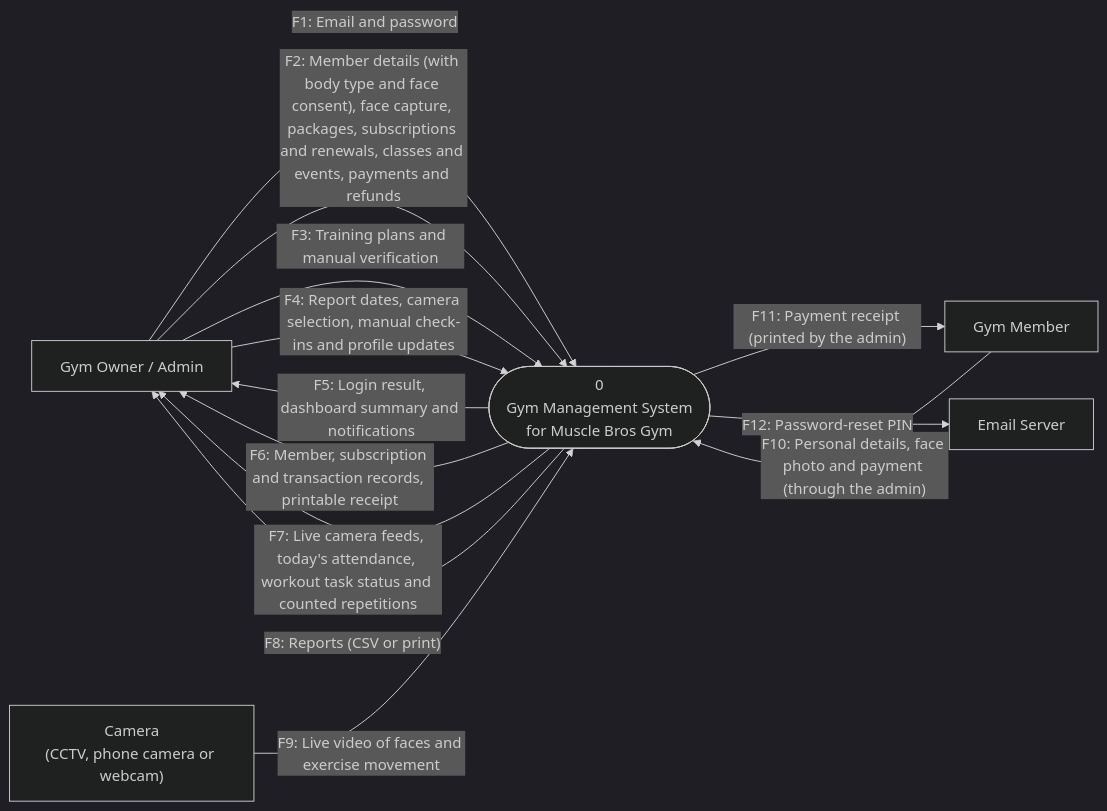
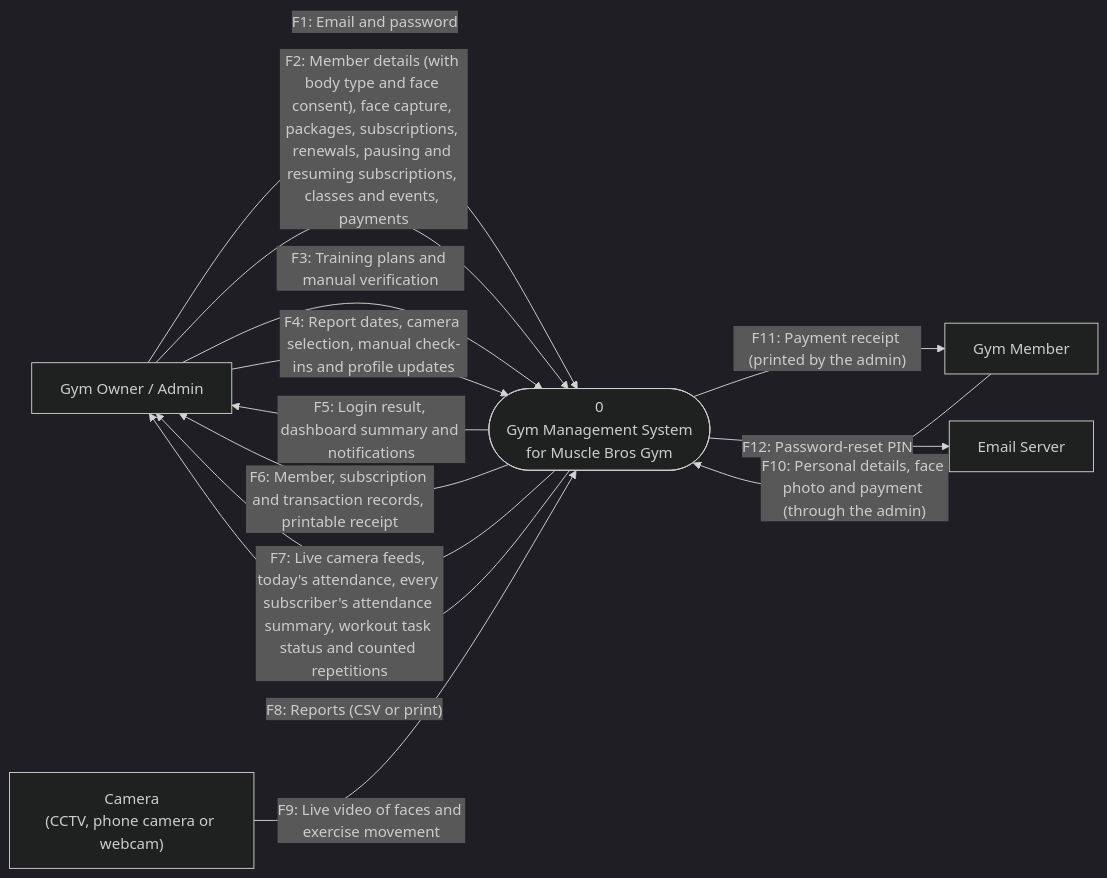
The diagram in Correct_Diagrams/2_Context_Level_Diagram.md (Plonteras191/GYM2-CAPSTONE), drawn with Mermaid (dark theme) before and after one commit. The commit also changed other lines of this file and 26 other files, not shown here.

````diff
--- a/Correct_Diagrams/2_Context_Level_Diagram.md
+++ b/Correct_Diagrams/2_Context_Level_Diagram.md
@@ -7,23 +9,23 @@
 ```mermaid
 flowchart LR
     Admin["Gym Owner / Admin"]
     Camera["Camera<br/>(CCTV, phone camera or webcam)"]
     Member["Gym Member"]
     Mail["Email Server"]
     System(["0<br/>Gym Management System<br/>for Muscle Bros Gym"])
 
     Admin -->|"F1: Email and password"| System
-    Admin -->|"F2: Member details (with body type and face consent), face capture, packages, subscriptions and renewals, classes and events, payments and refunds"| System
+    Admin -->|"F2: Member details (with body type and face consent), face capture, packages, subscriptions, renewals, pausing and resuming subscriptions, classes and events, payments"| System
     Admin -->|"F3: Training plans and manual verification"| System
     Admin -->|"F4: Report dates, camera selection, manual check-ins and profile updates"| System
 
     System -->|"F5: Login result, dashboard summary and notifications"| Admin
     System -->|"F6: Member, subscription and transaction records, printable receipt"| Admin
-    System -->|"F7: Live camera feeds, today's attendance, workout task status and counted repetitions"| Admin
+    System -->|"F7: Live camera feeds, today's attendance, every subscriber's attendance summary, workout task status and counted repetitions"| Admin
     System -->|"F8: Reports (CSV or print)"| Admin
 
     Camera -->|"F9: Live video of faces and exercise movement"| System
     Member -->|"F10: Personal details, face photo and payment (through the admin)"| System
     System -->|"F11: Payment receipt (printed by the admin)"| Member
     System -->|"F12: Password-reset PIN"| Mail
 ```
````
